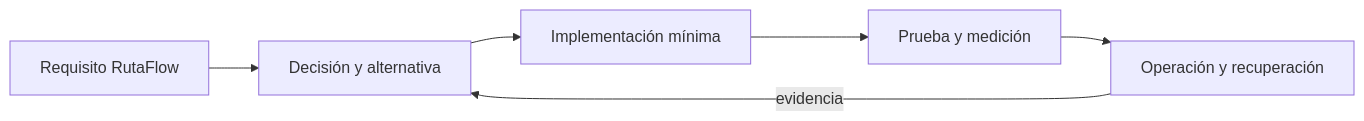
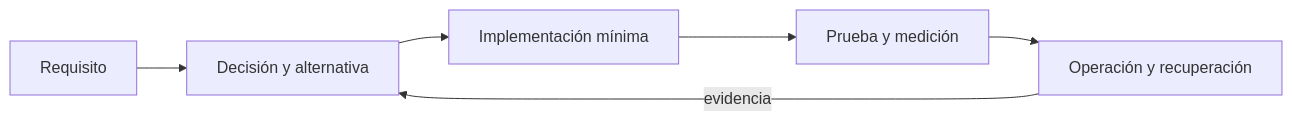
One commit to NICORUIZ93/Academia_Floci changed the fourth of 6 diagrams in web/public/content/kotlin-multiplatform/modulo-13.md. Above: the diagram before and after it, drawn with Mermaid. The commit also changed other lines of this file and 9 other files, not shown here.

First line of the commit message:
Kotlin Multiplatform: complete RutaFlow purge (0-13)

````diff
--- a/web/public/content/kotlin-multiplatform/modulo-13.md
+++ b/web/public/content/kotlin-multiplatform/modulo-13.md
@@ -214,8 +214,8 @@
 ```mermaid
 flowchart LR
-  A[Requisito RutaFlow] --> B[Decisión y alternativa]
+  A[Requisito] --> B[Decisión y alternativa]
   B --> C[Implementación mínima]
   C --> D[Prueba y medición]
   D --> E[Operación y recuperación]
   E -->|evidencia| B
 ```
````
